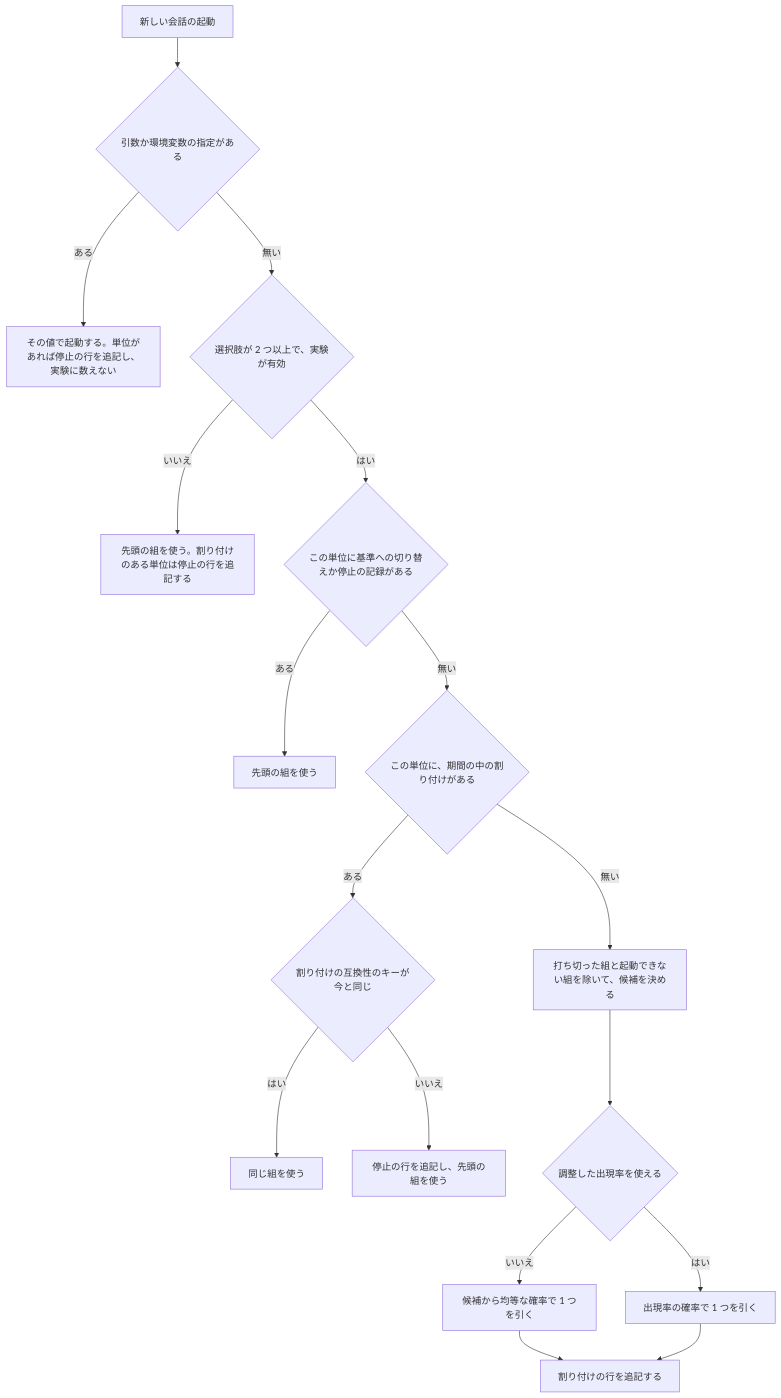
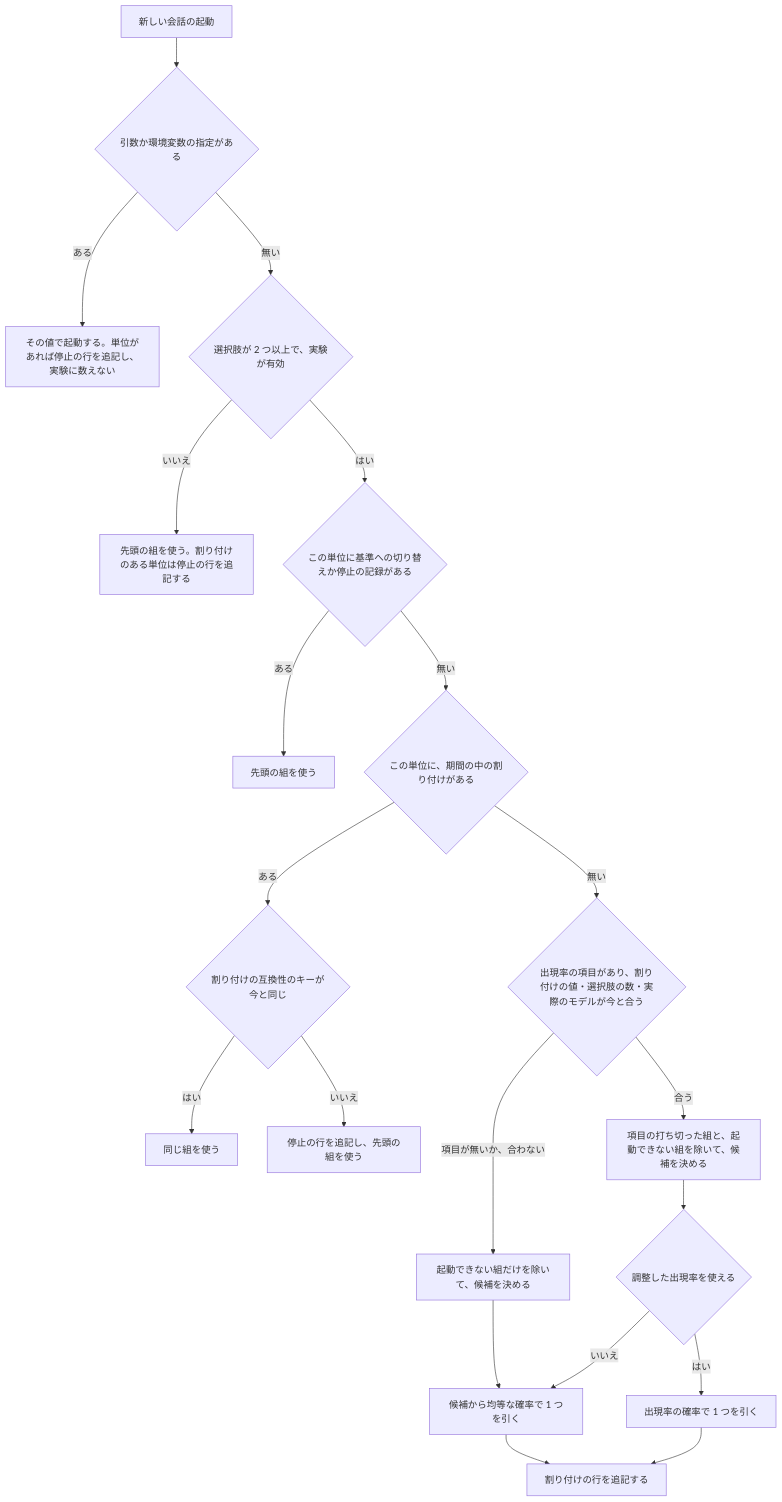
The diagram in issues/issue-2944-design-allocation.md (devbasex/ai-plugins), drawn with Mermaid before and after one commit. The commit also changed other lines of this file, not shown here.

````diff
--- a/issues/issue-2944-design-allocation.md
+++ b/issues/issue-2944-design-allocation.md
@@ -158,18 +158,21 @@
 ```mermaid
 graph TD
     A[新しい会話の起動] --> B{引数か環境変数の指定がある}
     B -- ある --> Z[その値で起動する。単位があれば停止の行を追記し、実験に数えない]
     B -- 無い --> E{選択肢が 2 つ以上で、実験が有効}
     E -- いいえ --> F[先頭の組を使う。割り付けのある単位は停止の行を追記する]
     E -- はい --> W{この単位に基準への切り替えか停止の記録がある}
     W -- ある --> F2[先頭の組を使う]
     W -- 無い --> C{この単位に、期間の中の割り付けがある}
     C -- ある --> M{割り付けの互換性のキーが今と同じ}
     M -- はい --> D[同じ組を使う]
     M -- いいえ --> F3[停止の行を追記し、先頭の組を使う]
-    C -- 無い --> K[打ち切った組と起動できない組を除いて、候補を決める]
+    C -- 無い --> L{出現率の項目があり、割り付けの値・選択肢の数・実際のモデルが今と合う}
+    L -- 合う --> K[項目の打ち切った組と、起動できない組を除いて、候補を決める]
+    L -- 項目が無いか、合わない --> K2[起動できない組だけを除いて、候補を決める]
     K --> G{調整した出現率を使える}
+    K2 --> V
     G -- いいえ --> V[候補から均等な確率で 1 つを引く]
     G -- はい --> I[出現率の確率で 1 つを引く]
     V & I --> J[割り付けの行を追記する]
 ```
````
